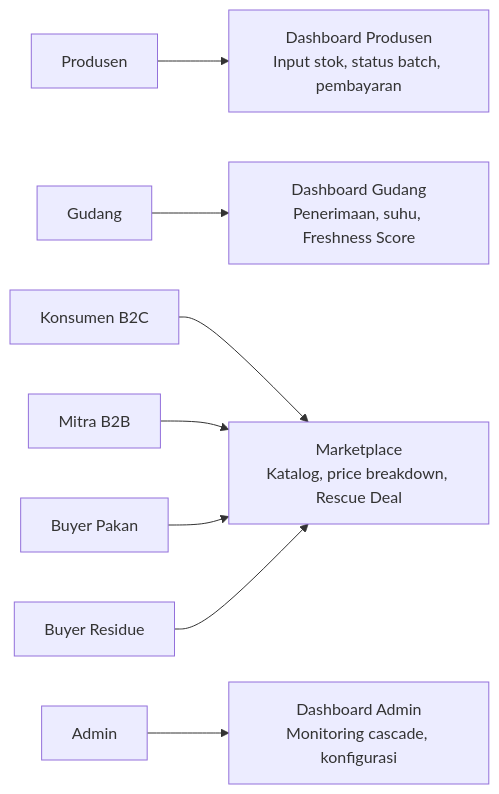
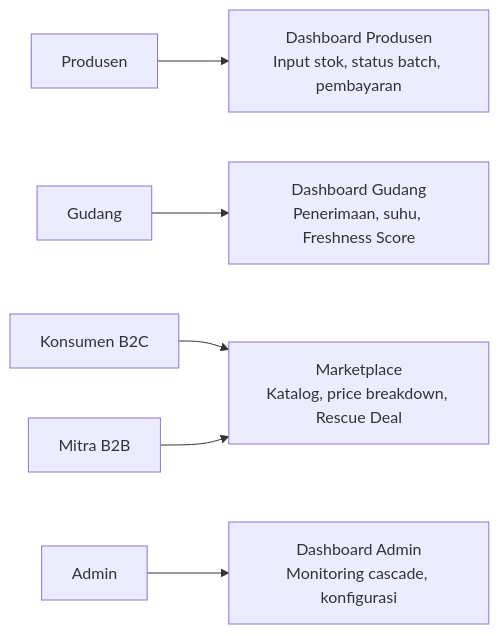
One commit to rendrabagasdev/manifesto-vesta changed the diagram in vault/01-Overview/👥 Peran Pengguna.md. Above: the diagram before and after it, drawn with Mermaid. The commit also changed other lines of this file and 14 other files, not shown here.

````diff
--- a/vault/01-Overview/👥 Peran Pengguna.md
+++ b/vault/01-Overview/👥 Peran Pengguna.md
@@ -19,10 +19,8 @@
 ```mermaid
 flowchart LR
     P[Produsen] --> DP["Dashboard Produsen<br/>Input stok, status batch, pembayaran"]
     G[Gudang] --> DG["Dashboard Gudang<br/>Penerimaan, suhu, Freshness Score"]
     B2C[Konsumen B2C] --> MP["Marketplace<br/>Katalog, price breakdown, Rescue Deal"]
     B2B[Mitra B2B] --> MP
-    PT[Buyer Pakan] --> MP
-    BR[Buyer Residue] --> MP
     A[Admin] --> DA["Dashboard Admin<br/>Monitoring cascade, konfigurasi"]
 ```
````
